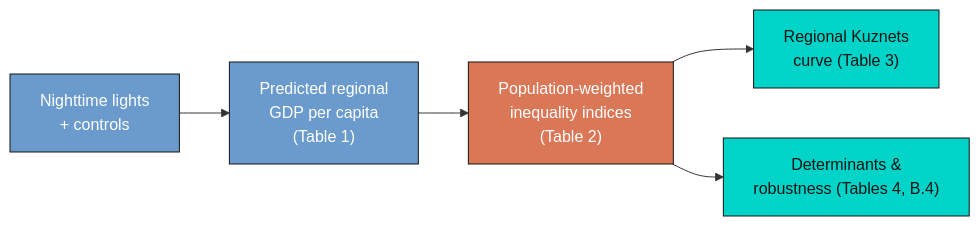
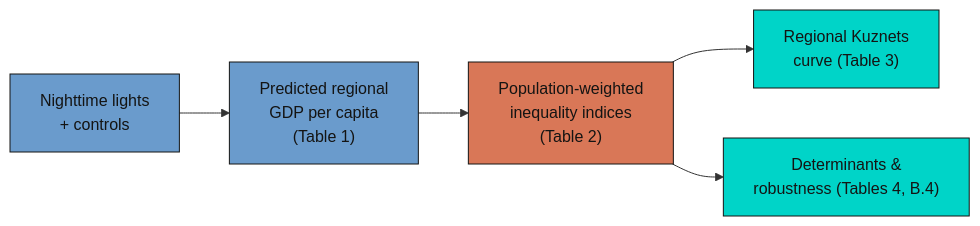
One commit to cmg777/starter-academic-v501 changed the diagram in content/post/python_kuznets_dmsp/index.md. Above: the diagram before and after it, drawn with Mermaid. The commit also changed 67 other files, not shown here.

First line of the commit message:
fix(mermaid): readable diagram text in both themes across the site

````diff
--- a/content/post/python_kuznets_dmsp/index.md
+++ b/content/post/python_kuznets_dmsp/index.md
@@ -120,12 +120,12 @@
 ```mermaid
 flowchart LR
   A["Nighttime lights<br/>+ controls"] --> B["Predicted regional<br/>GDP per capita<br/>(Table 1)"]
   B --> C["Population-weighted<br/>inequality indices<br/>(Table 2)"]
   C --> D["Regional Kuznets<br/>curve (Table 3)"]
   C --> E["Determinants &<br/>robustness (Tables 4, B.4)"]
-  style A fill:#6a9bcc,stroke:#141413,color:#fff
-  style B fill:#6a9bcc,stroke:#141413,color:#fff
-  style C fill:#d97757,stroke:#141413,color:#fff
+  style A fill:#6a9bcc,stroke:#141413,color:#141413
+  style B fill:#6a9bcc,stroke:#141413,color:#141413
+  style C fill:#d97757,stroke:#141413,color:#141413
   style D fill:#00d4c8,stroke:#141413,color:#141413
   style E fill:#00d4c8,stroke:#141413,color:#141413
 ```
````
